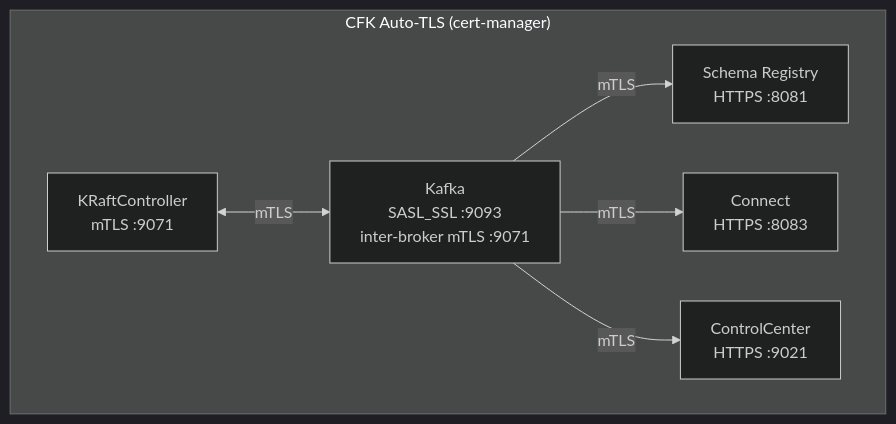
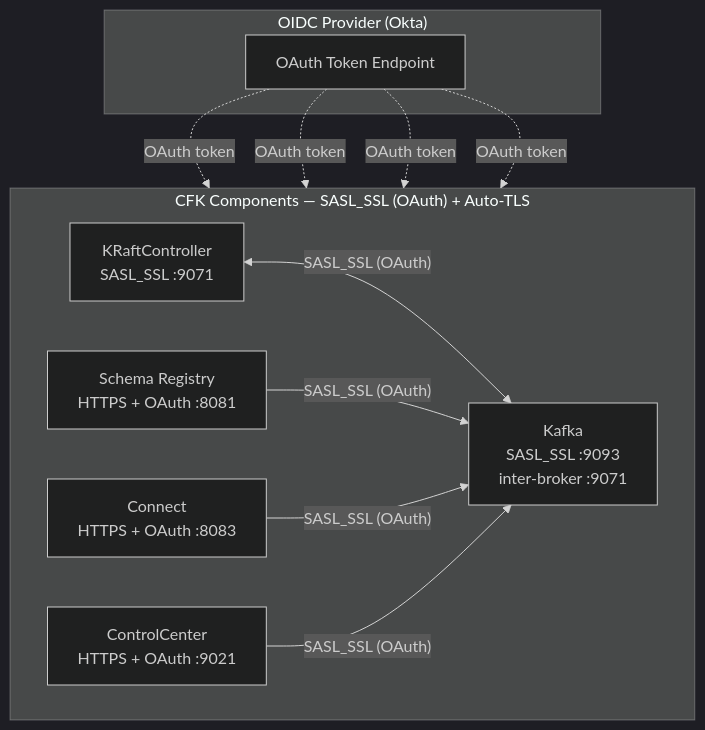
Before and after one commit to aadmassu/flink-on-k8s-with-cp: the seventh of 9 diagrams in docs/TLS.md, drawn with Mermaid (dark theme). The commit also changed other lines of this file, not shown here.

First line of the commit message:
Update CFK component auth to SASL_SSL OAuth (OAUTHBEARER)

````diff
--- a/docs/TLS.md
+++ b/docs/TLS.md
@@ -352,16 +352,25 @@
 ```mermaid
 flowchart TD
-    subgraph cfk_tls["CFK Auto-TLS (cert-manager)"]
-        direction LR
-        kraft_tls["KRaftController<br>mTLS :9071"]
-        kafka_tls["Kafka<br>SASL_SSL :9093<br>inter-broker mTLS :9071"]
-        sr_tls["Schema Registry<br>HTTPS :8081"]
-        connect_tls["Connect<br>HTTPS :8083"]
-        c3_tls["ControlCenter<br>HTTPS :9021"]
+    subgraph idp["OIDC Provider (Okta)"]
+        okta["OAuth Token Endpoint"]
     end
 
-    kraft_tls <-->|"mTLS"| kafka_tls
-    kafka_tls -->|"mTLS"| sr_tls
-    kafka_tls -->|"mTLS"| connect_tls
-    kafka_tls -->|"mTLS"| c3_tls
+    subgraph cfk_tls["CFK Components — SASL_SSL (OAuth) + Auto-TLS"]
+        direction LR
+        kraft_tls["KRaftController<br>SASL_SSL :9071"]
+        kafka_tls["Kafka<br>SASL_SSL :9093<br>inter-broker :9071"]
+        sr_tls["Schema Registry<br>HTTPS + OAuth :8081"]
+        connect_tls["Connect<br>HTTPS + OAuth :8083"]
+        c3_tls["ControlCenter<br>HTTPS + OAuth :9021"]
+    end
+
+    okta -.->|"OAuth token"| sr_tls
+    okta -.->|"OAuth token"| connect_tls
+    okta -.->|"OAuth token"| c3_tls
+    okta -.->|"OAuth token"| kraft_tls
+
+    kraft_tls <-->|"SASL_SSL (OAuth)"| kafka_tls
+    sr_tls -->|"SASL_SSL (OAuth)"| kafka_tls
+    connect_tls -->|"SASL_SSL (OAuth)"| kafka_tls
+    c3_tls -->|"SASL_SSL (OAuth)"| kafka_tls
 ```
````
